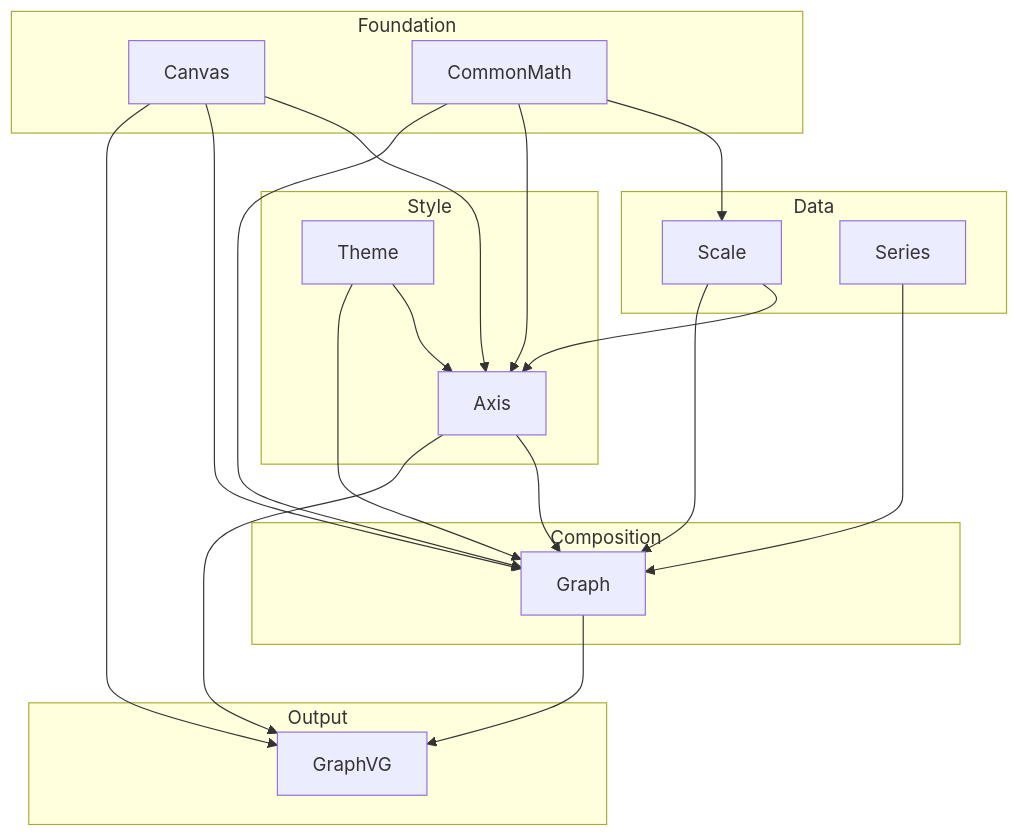
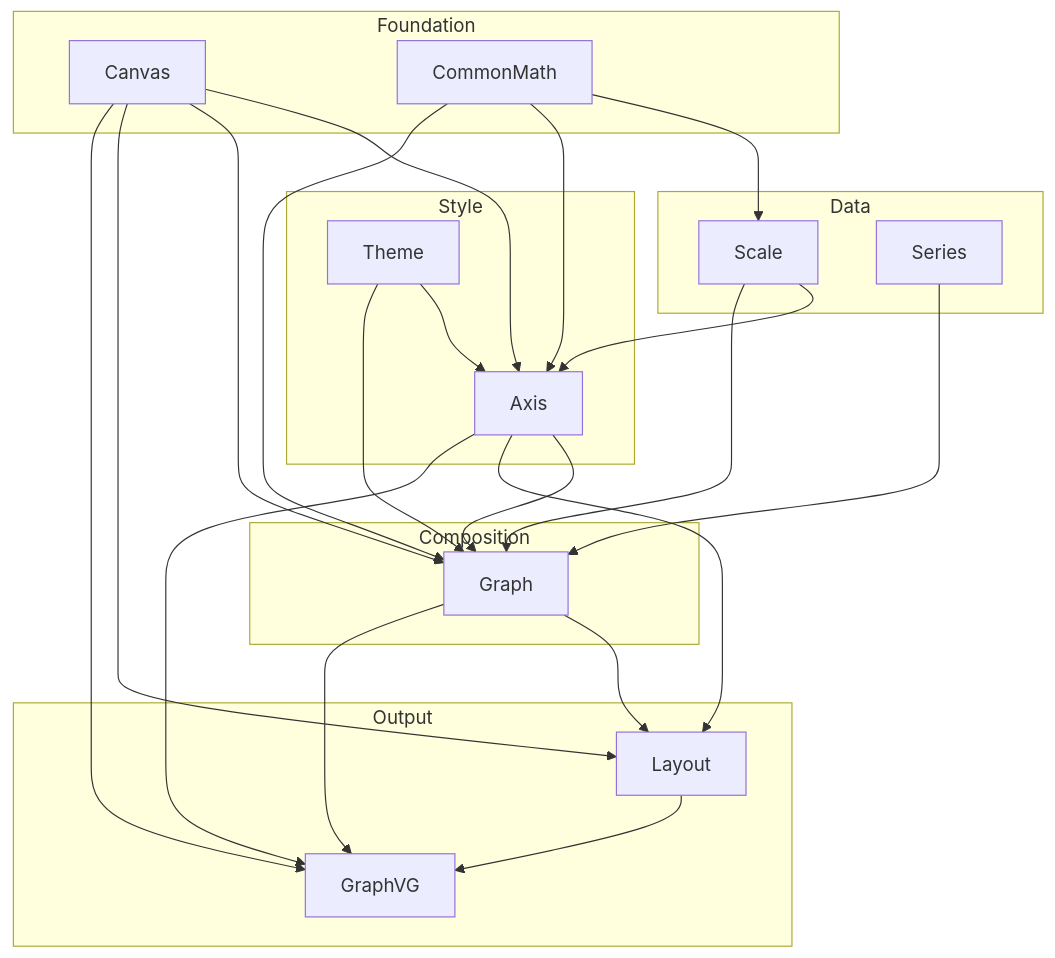
The diagram in DESIGN.md (ChrisNikkel/GraphVG), drawn with Mermaid before and after one commit. The commit also changed other lines of this file and 7 other files, not shown here.

Commit message:
Add legend support to graphs: implement Legend type, update Graph module, and enhance SVG generation

````diff
--- a/DESIGN.md
+++ b/DESIGN.md
@@ -9,40 +9,45 @@
 ```mermaid
 flowchart TD
     subgraph "Foundation"
         CV[Canvas]
         CM[CommonMath]
     end
 
     subgraph "Data"
         SC[Scale]
         SR[Series]
     end
 
     subgraph "Style"
         TH[Theme]
         AX[Axis]
     end
 
     subgraph "Composition"
         GR[Graph]
     end
 
     subgraph "Output"
+        LY[Layout]
         GVG[GraphVG]
     end
 
     CV --> AX
     CV --> GR
+    CV --> LY
     CV --> GVG
     CM --> SC
     CM --> AX
     CM --> GR
     SC --> AX
     SC --> GR
     SR --> GR
     TH --> AX
     TH --> GR
     AX --> GR
+    AX --> LY
+    GR --> LY
+    LY --> GVG
     AX --> GVG
     GR --> GVG
 ```
````
